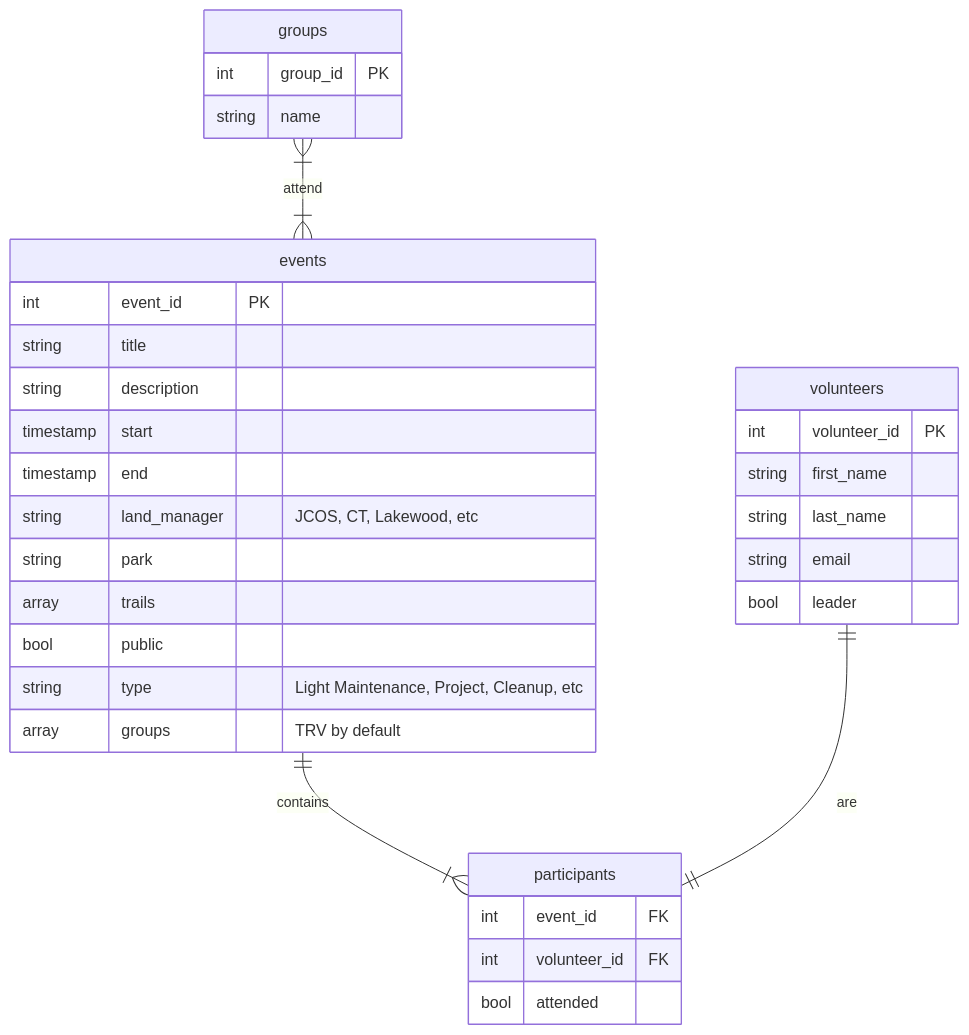
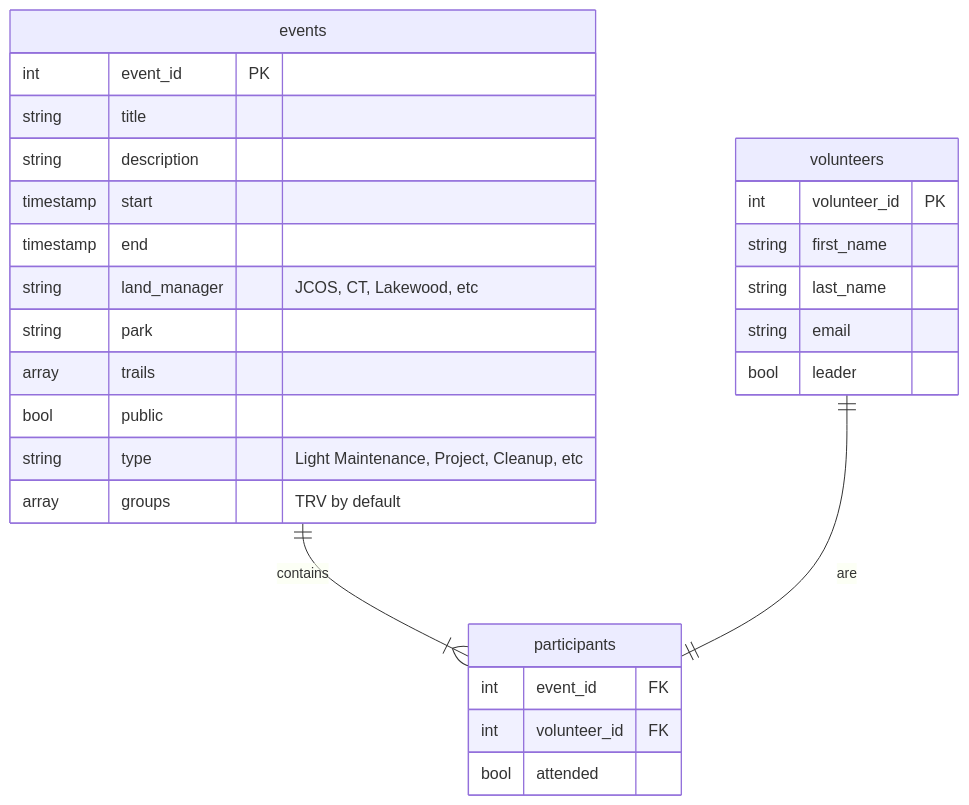
Before and after one commit to trailrunnervolunteers/trv-website: the diagram in docs/database.md, drawn with Mermaid.

Commit message:
Remove 'groups' and use a constraint or enum instead'

````diff
--- a/docs/database.md
+++ b/docs/database.md
@@ -7,36 +7,31 @@
 ```mermaid
 erDiagram
     events ||--|{ participants: contains
     volunteers ||--|| participants: are
-    groups }|--|{ events: attend
 
     events {
         int event_id PK
         string title
         string description
         timestamp start
         timestamp end
         string land_manager "JCOS, CT, Lakewood, etc"
         string park
         array trails
         bool public
         string type "Light Maintenance, Project, Cleanup, etc"
         array groups "TRV by default"
     }
     participants {
         int event_id FK
         int volunteer_id FK
         bool attended
     }
     volunteers {
         int volunteer_id PK
         string first_name
         string last_name
         string email
         bool leader
     }
-    groups {
-        int group_id PK
-        string name
-    }
 ```
````
